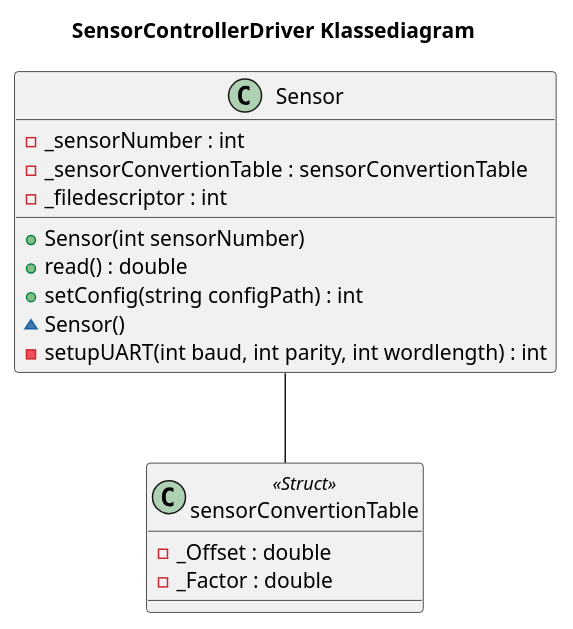
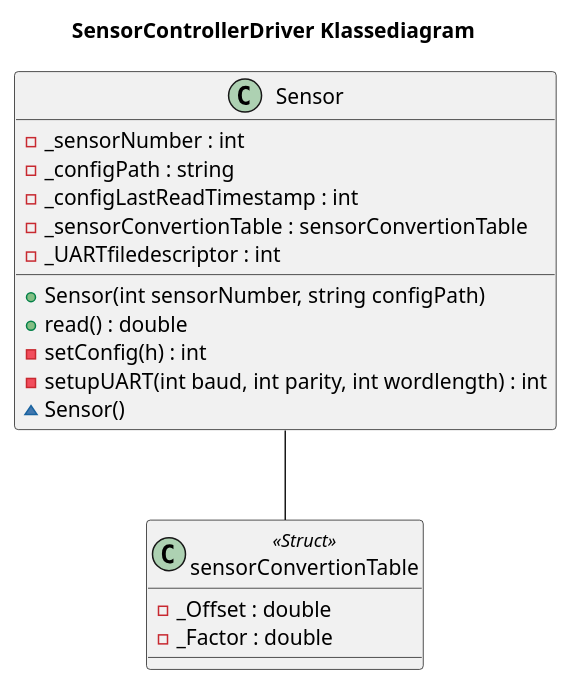
The diagram in Design/SE/SensorController Driver/Klassediagram.puml (Solvgraa-mager/E4PRJ4), drawn with PlantUML before and after one commit. The commit also changed 55 other files, not shown here.

Commit message:
Sensor Controller impl og test

```diff
--- a/Design/SE/SensorController Driver/Klassediagram.puml
+++ b/Design/SE/SensorController Driver/Klassediagram.puml
@@ -1,22 +1,24 @@
-@startuml
+@startuml CD_SensorControllerDriver
 title SensorControllerDriver Klassediagram
 
 class Sensor{
-    +Sensor(int sensorNumber)
+    +Sensor(int sensorNumber, string configPath)
     +read() : double
-    +setConfig(string configPath) : int
+    -setConfig(h) : int
+    -setupUART(int baud, int parity, int wordlength) : int
     ~Sensor()
-    -setupUART(int baud, int parity, int wordlength) : int
     -_sensorNumber : int
+    -_configPath : string
+    -_configLastReadTimestamp : int
     -_sensorConvertionTable : sensorConvertionTable
-    -_filedescriptor : int
+    -_UARTfiledescriptor : int
 }
 
 class sensorConvertionTable <<Struct>>{
     -_Offset : double
     -_Factor : double
 }
 
 Sensor -- sensorConvertionTable
 
 @enduml
```
